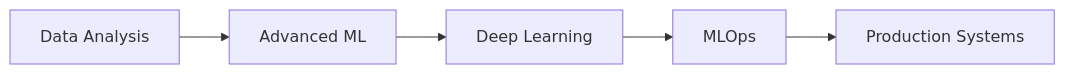
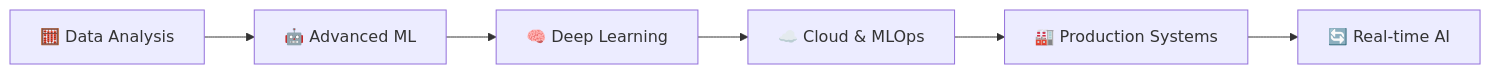
One commit to Tansiv/Tansiv changed the diagram in README.md. Above: the diagram before and after it, drawn with Mermaid. The commit also changed other lines of this file, not shown here.

````diff
--- a/README.md
+++ b/README.md
@@ -236,7 +383,8 @@
 ```mermaid
 graph LR
-A[Data Analysis] --> B[Advanced ML]
-B --> C[Deep Learning]
-C --> D[MLOps]
-D --> E[Production Systems]
+    A[🧮 Data Analysis] --> B[🤖 Advanced ML]
+    B --> C[🧠 Deep Learning]
+    C --> D[☁️ Cloud & MLOps]
+    D --> E[🏭 Production Systems]
+    E --> F[🔄 Real-time AI]
 ```
````
